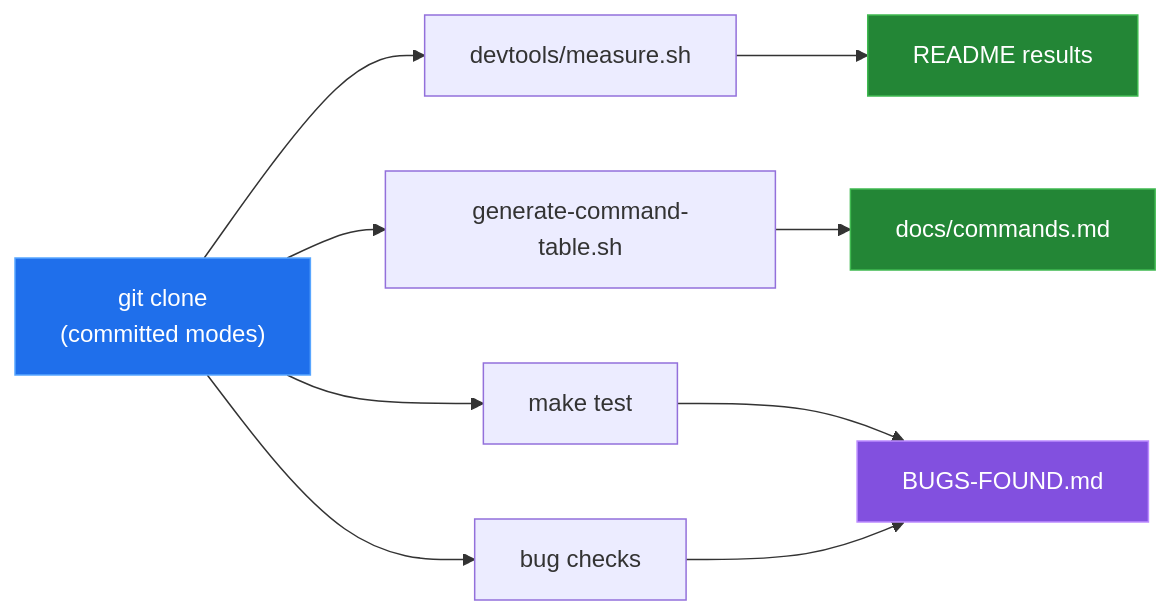
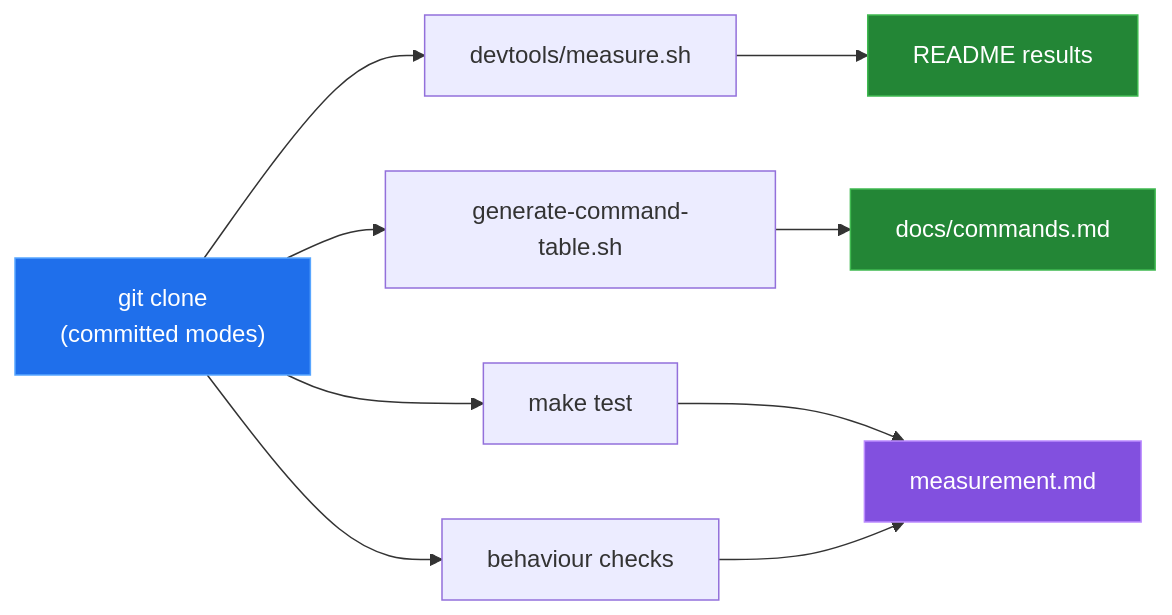
Before and after one commit to Bissbert/zbx-cli: the diagram in docs/measurement.md, drawn with Mermaid. The commit also changed other lines of this file and 4 other files, not shown here.

Commit message:
Docs: drop BUGS-FOUND.md, bugs are tracked as issues

````diff
--- a/docs/measurement.md
+++ b/docs/measurement.md
@@ -19,16 +19,16 @@
 ```mermaid
 flowchart LR
     A["git clone<br/>(committed modes)"] --> B["devtools/measure.sh"]
     A --> C["generate-command-table.sh"]
     A --> D["make test"]
-    A --> E["bug checks"]
+    A --> E["behaviour checks"]
     B --> F["README results"]
     C --> G["docs/commands.md"]
-    D --> H["BUGS-FOUND.md"]
+    D --> H["measurement.md"]
     E --> H
 
     style A fill:#1f6feb,stroke:#58a6ff,color:#fff
     style F fill:#238636,stroke:#3fb950,color:#fff
     style G fill:#238636,stroke:#3fb950,color:#fff
     style H fill:#8250df,stroke:#bc8cff,color:#fff
 ```
````
